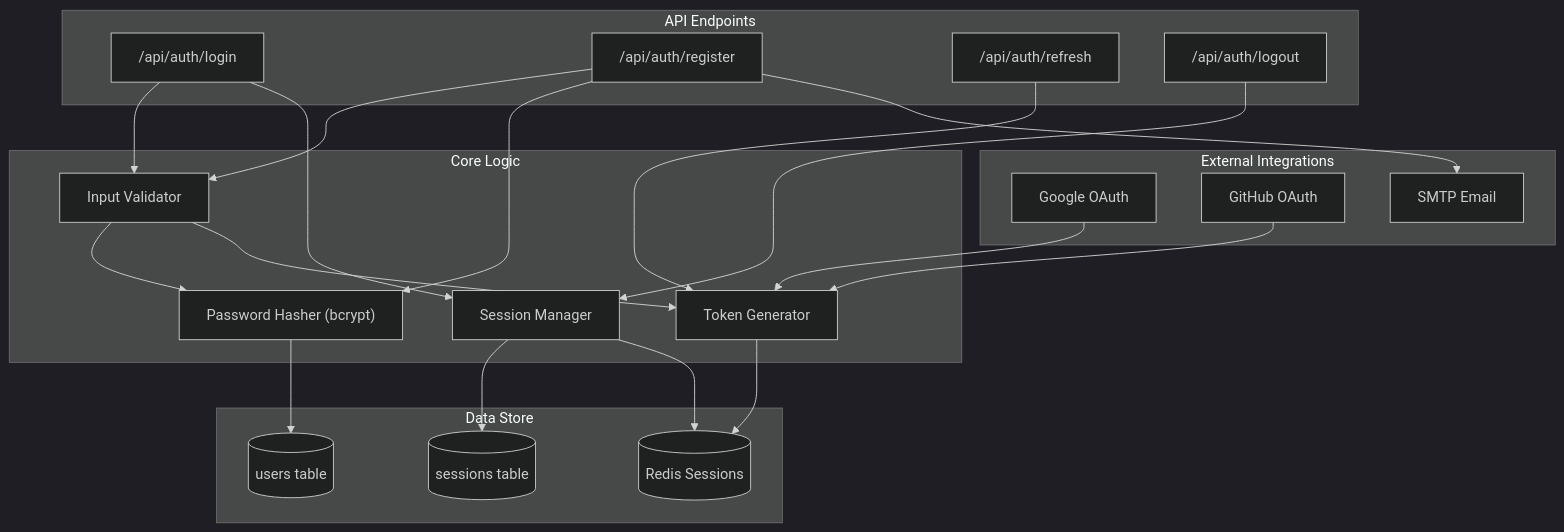
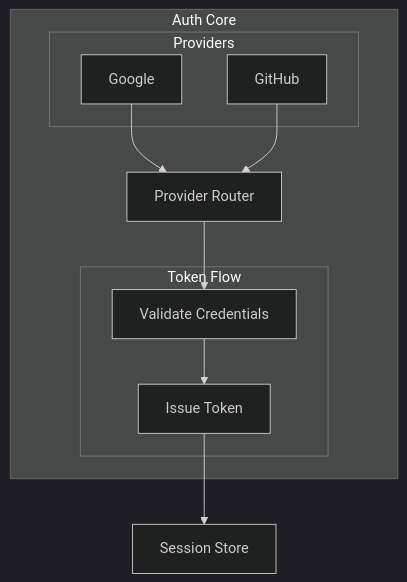
The diagram in diagrams/L3-auth-service.mmd (henry3556108/mermaid-render), drawn with Mermaid (dark theme) before and after one commit. The commit also changed 4 other files, not shown here.

Commit message:
Simplify sample diagram

```diff
--- a/diagrams/L3-auth-service.mmd
+++ b/diagrams/L3-auth-service.mmd
@@ -1,42 +1,21 @@
 graph TB
-  subgraph Endpoints["API Endpoints"]
-    Login["/api/auth/login"]
-    Register["/api/auth/register"]
-    Refresh["/api/auth/refresh"]
-    Logout["/api/auth/logout"]
+  subgraph AuthCore["Auth Core"]
+    subgraph TokenFlow["Token Flow"]
+      Validate["Validate Credentials"]
+      Issue["Issue Token"]
+      Validate --> Issue
+    end
+
+    subgraph Providers["Providers"]
+      Google["Google"]
+      GitHub["GitHub"]
+    end
+
+    ProviderRouter["Provider Router"]
+    Google --> ProviderRouter
+    GitHub --> ProviderRouter
+    ProviderRouter --> Validate
   end
 
-  subgraph Core["Core Logic"]
-    Validator["Input Validator"]
-    PasswordHasher["Password Hasher (bcrypt)"]
-    TokenGenerator["Token Generator"]
-    SessionManager["Session Manager"]
-  end
-
-  subgraph External["External Integrations"]
-    GoogleOAuth["Google OAuth"]
-    GitHubOAuth["GitHub OAuth"]
-    SMTP["SMTP Email"]
-  end
-
-  subgraph Store["Data Store"]
-    UserTable[("users table")]
-    SessionTable[("sessions table")]
-    RedisSession[("Redis Sessions")]
-  end
-
-  Login --> Validator
-  Register --> Validator
-  Validator --> PasswordHasher
-  Validator --> TokenGenerator
-  Login --> SessionManager
-  Register --> PasswordHasher
-  Refresh --> TokenGenerator
-  Logout --> SessionManager
-  TokenGenerator --> RedisSession
-  SessionManager --> SessionTable
-  SessionManager --> RedisSession
-  PasswordHasher --> UserTable
-  GoogleOAuth --> TokenGenerator
-  GitHubOAuth --> TokenGenerator
-  Register --> SMTP
+  Session["Session Store"]
+  Issue --> Session
```
